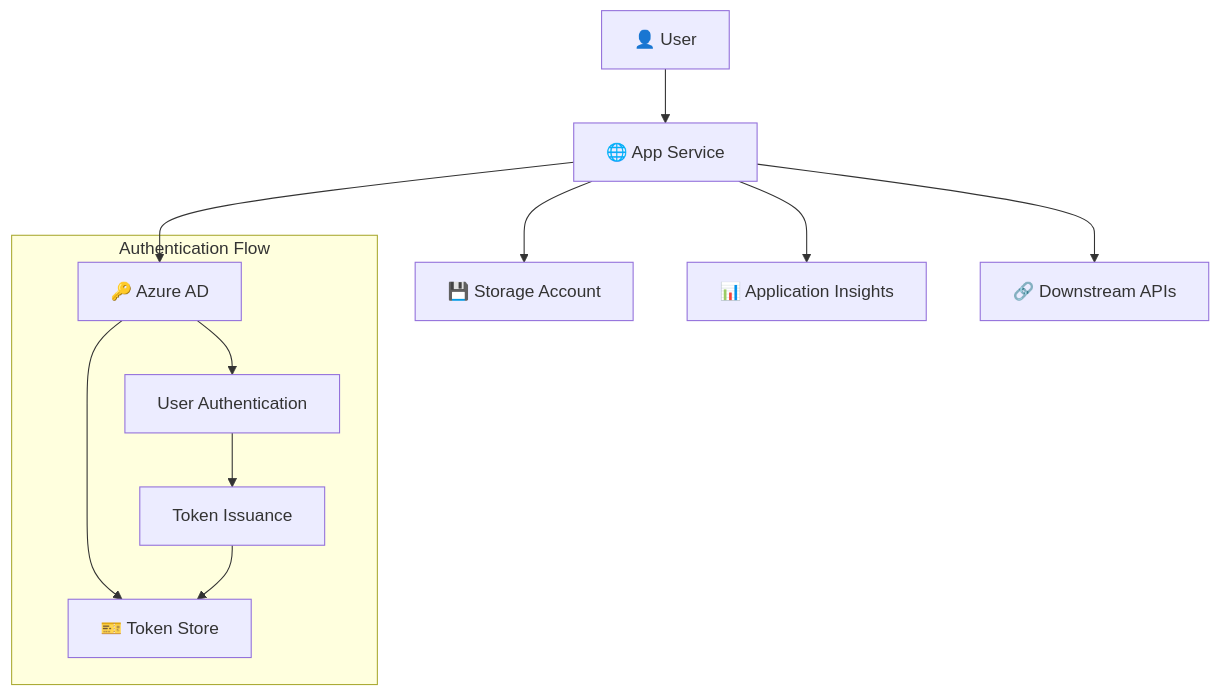
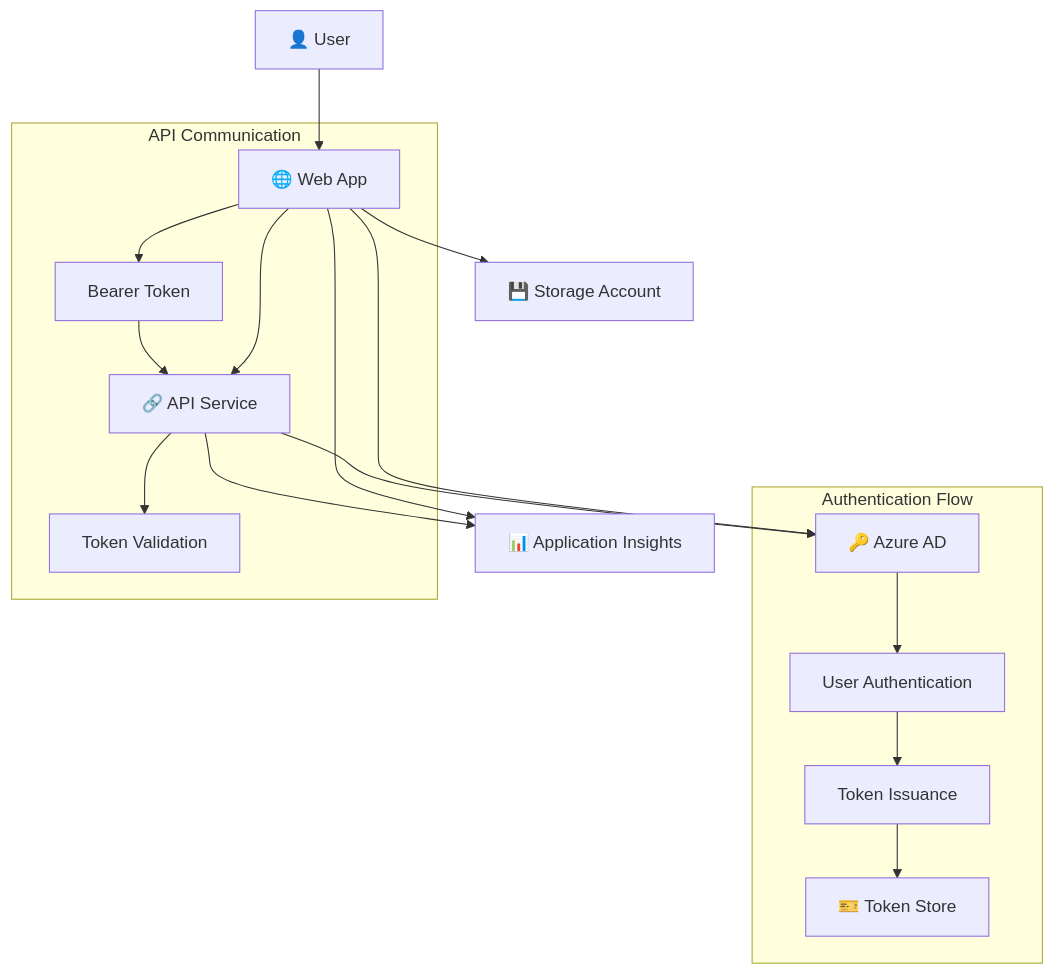
One commit to barto90/Training changed the diagram in Deployments/15. App Service Authentication and Downstream Token/README.md. Above: the diagram before and after it, drawn with Mermaid. The commit also changed other lines of this file and 1040 other files, not shown here.

````diff
--- a/Deployments/15. App Service Authentication and Downstream Token/README.md
+++ b/Deployments/15. App Service Authentication and Downstream Token/README.md
@@ -7,15 +7,22 @@
 ```mermaid
 graph TB
-    User[👤 User] --> AppService[🌐 App Service]
-    AppService --> AAD[🔑 Azure AD]
-    AppService --> Storage[💾 Storage Account]
-    AppService --> AppInsights[📊 Application Insights]
-    AAD --> TokenStore[🎫 Token Store]
-    AppService --> DownstreamAPI[🔗 Downstream APIs]
+    User[👤 User] --> WebApp[🌐 Web App]
+    WebApp --> AAD[🔑 Azure AD]
+    WebApp --> API[🔗 API Service]
+    API --> AAD
+    WebApp --> Storage[💾 Storage Account]
+    WebApp --> AppInsights[📊 Application Insights]
+    API --> AppInsights
     
     subgraph "Authentication Flow"
         AAD --> UserAuth[User Authentication]
         UserAuth --> TokenIssue[Token Issuance]
-        TokenIssue --> TokenStore
+        TokenIssue --> TokenStore[🎫 Token Store]
+    end
+    
+    subgraph "API Communication"
+        WebApp --> BearerToken[Bearer Token]
+        BearerToken --> API
+        API --> Validation[Token Validation]
     end
 ```
````
